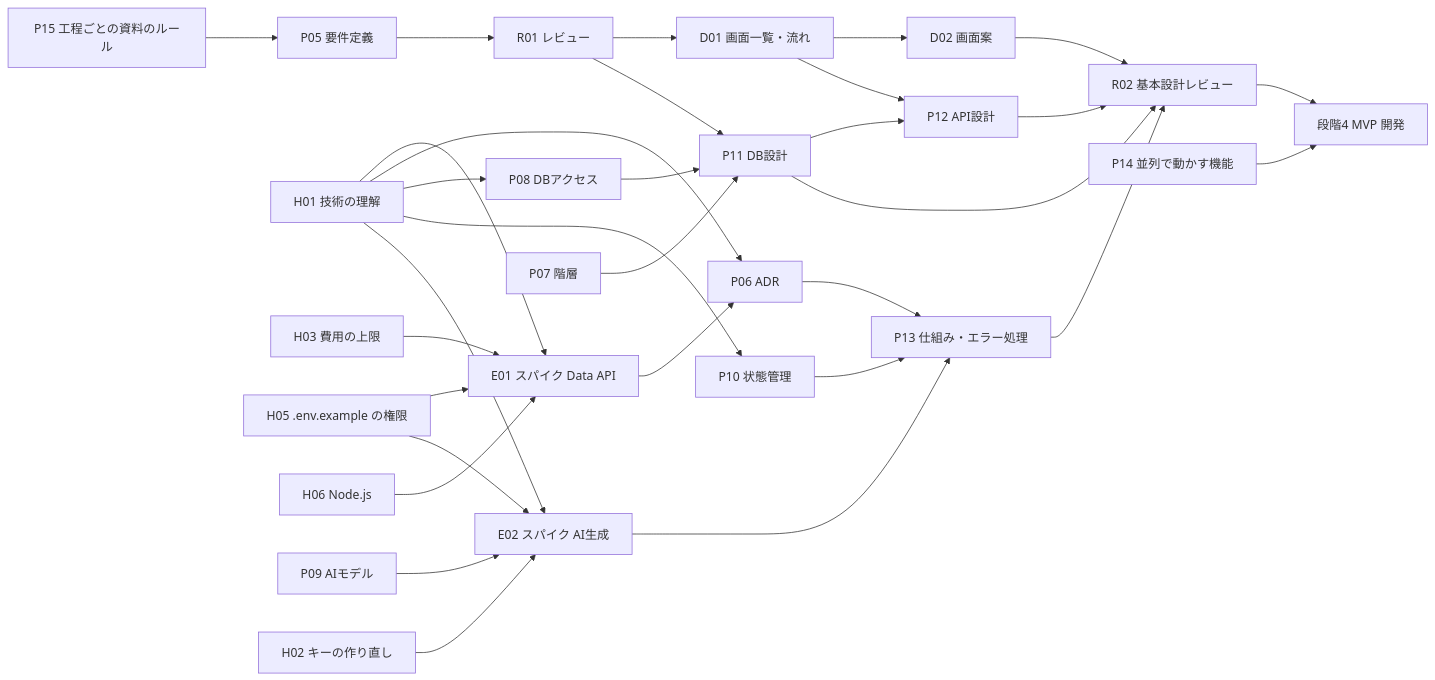
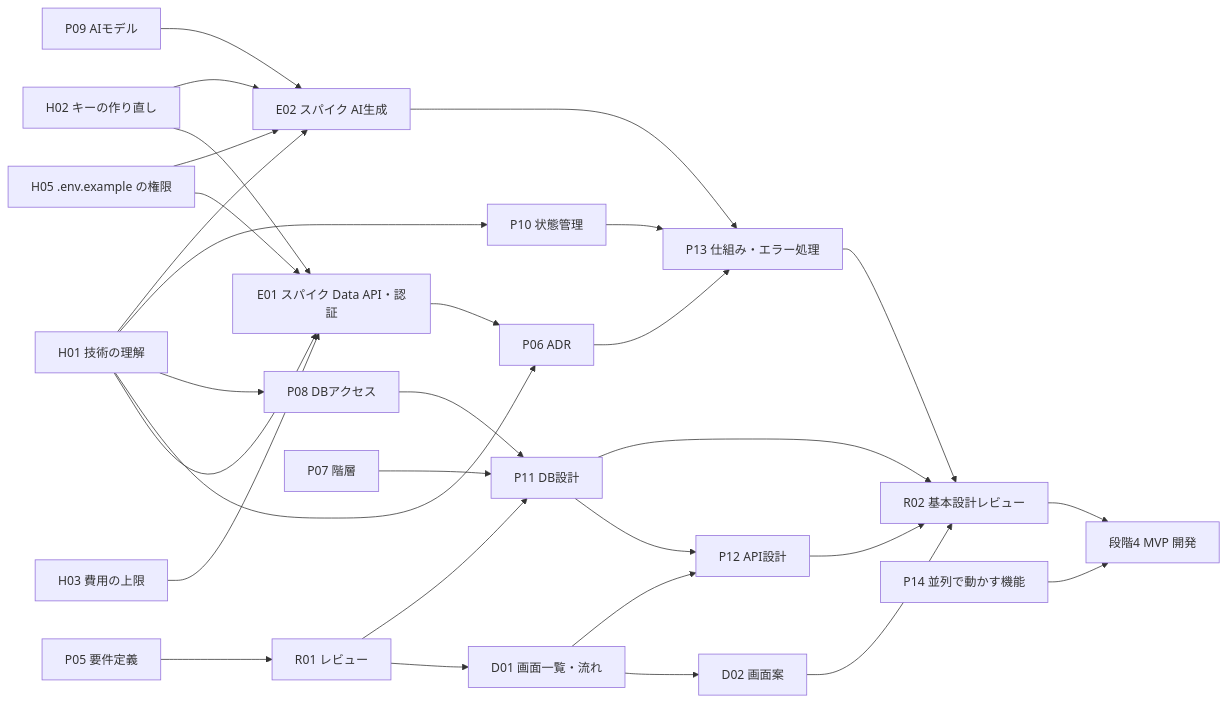
Before and after one commit to hinata-nakamura-code/studai: the diagram in docs/01-product/plan.md, drawn with Mermaid. The commit also changed other lines of this file and 9 other files, not shown here.

````diff
--- a/docs/01-product/plan.md
+++ b/docs/01-product/plan.md
@@ -51,33 +49,32 @@
 ```mermaid
 flowchart LR
-  P15[P15 工程ごとの資料のルール] --> P05[P05 要件定義]
-  H01[H01 技術の理解] --> E01[E01 スパイク Data API]
+  H01[H01 技術の理解] --> E01[E01 スパイク Data API・認証]
   H03[H03 費用の上限] --> E01
   H05[H05 .env.example の権限] --> E01
-  H06[H06 Node.js] --> E01
+  H02[H02 キーの作り直し] --> E01
   H01 --> P06[P06 ADR]
   E01 --> P06
   H01 --> P08[P08 DBアクセス]
   H01 --> P10[P10 状態管理]
   P09[P09 AIモデル] --> E02[E02 スパイク AI生成]
-  H02[H02 キーの作り直し] --> E02
+  H02 --> E02
   H05 --> E02
   H01 --> E02
-  P05 --> R01[R01 レビュー]
+  P05[P05 要件定義] --> R01[R01 レビュー]
   R01 --> D01[D01 画面一覧・流れ]
   D01 --> D02[D02 画面案]
   R01 --> P11[P11 DB設計]
   P07[P07 階層] --> P11
   P08 --> P11
   D01 --> P12[P12 API設計]
   P11 --> P12
   P06 --> P13[P13 仕組み・エラー処理]
   P10 --> P13
   E02 --> P13
   D02 --> R02[R02 基本設計レビュー]
   P11 --> R02
   P12 --> R02
   P13 --> R02
   R02 --> MVP[段階4 MVP 開発]
   P14[P14 並列で動かす機能] --> MVP
 ```
````
